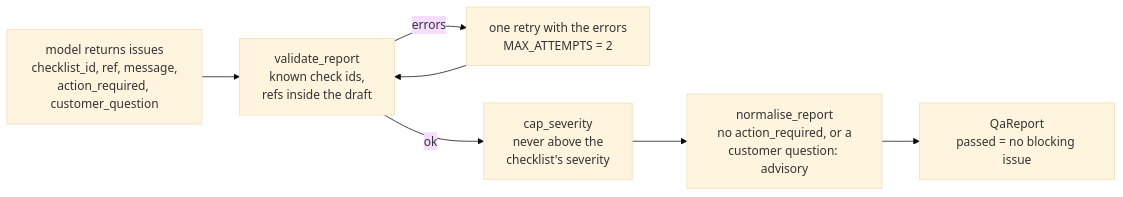
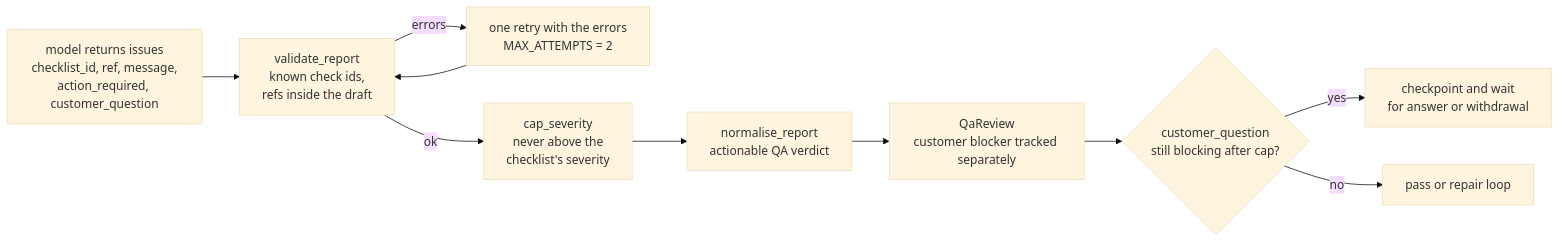
The third of 4 diagrams in docs/architecture/04-team-runtime-control-flow.md (thanhpt-25/master-ba), drawn with Mermaid (base theme) before and after one commit. The commit also changed other lines of this file and 38 other files, not shown here.

````diff
--- a/docs/architecture/04-team-runtime-control-flow.md
+++ b/docs/architecture/04-team-runtime-control-flow.md
@@ -120,9 +120,12 @@
 ```mermaid
 flowchart LR
     M["model returns issues<br/>checklist_id, ref, message,<br/>action_required, customer_question"] --> V["validate_report<br/>known check ids,<br/>refs inside the draft"]
     V -- errors --> RT["one retry with the errors<br/>MAX_ATTEMPTS = 2"]
     RT --> V
     V -- ok --> CAP["cap_severity<br/>never above the<br/>checklist's severity"]
-    CAP --> NORM["normalise_report<br/>no action_required, or a<br/>customer question: advisory"]
-    NORM --> OUT["QaReport<br/>passed = no blocking issue"]
+    CAP --> NORM["normalise_report<br/>actionable QA verdict"]
+    NORM --> OUT["QaReview<br/>customer blocker tracked separately"]
+    OUT --> WAIT{"customer_question<br/>still blocking after cap?"}
+    WAIT -- yes --> PAUSE["checkpoint and wait<br/>for answer or withdrawal"]
+    WAIT -- no --> LOOP["pass or repair loop"]
 ```
````
